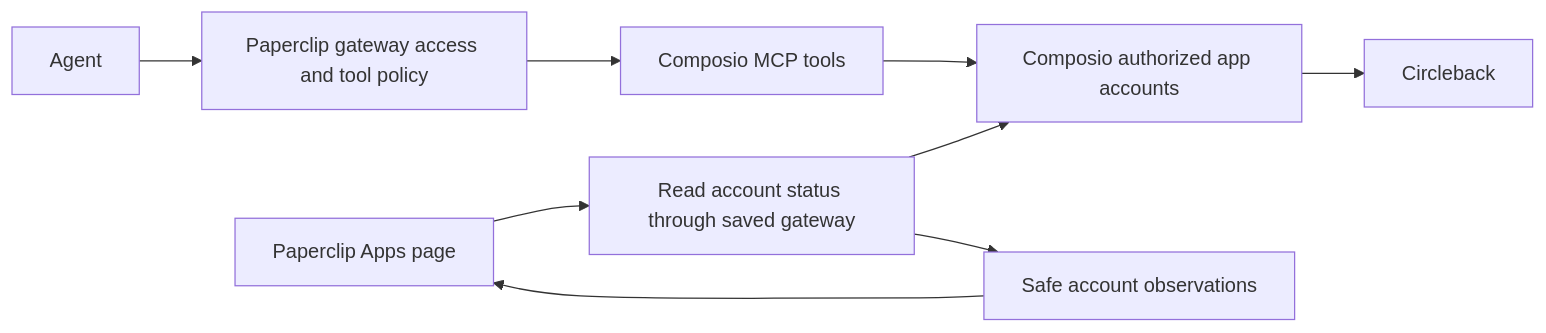
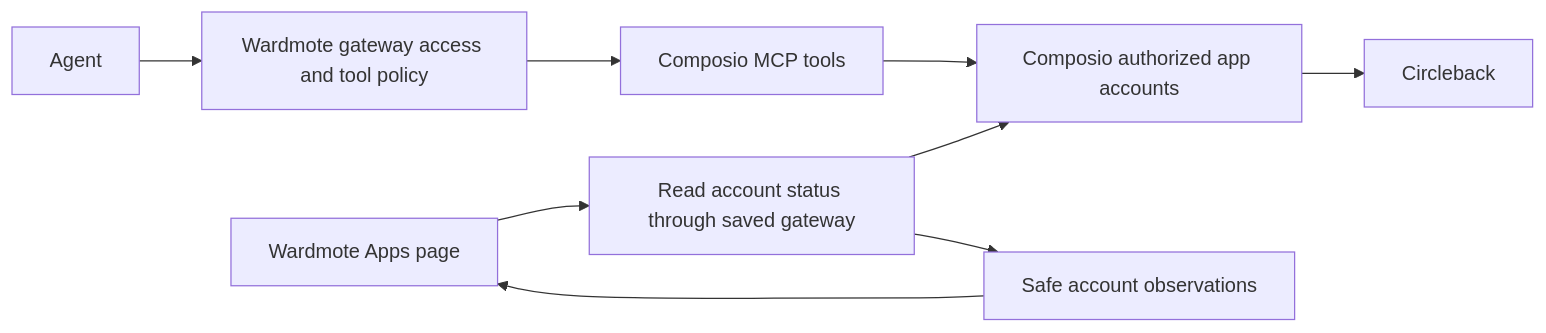
Before and after one commit to tickernelz/paperclip-pro: the diagram in doc/plans/2026-10-02-composio-connection-model.md, drawn with Mermaid. The commit also changed other lines of this file and 192 other files, not shown here.

````diff
--- a/doc/plans/2026-10-02-composio-connection-model.md
+++ b/doc/plans/2026-10-02-composio-connection-model.md
@@ -33,11 +33,11 @@
 ```mermaid
 flowchart LR
-    Agent --> Policy[Paperclip gateway access and tool policy]
+    Agent --> Policy[Wardmote gateway access and tool policy]
     Policy --> Tools[Composio MCP tools]
     Tools --> Accounts[Composio authorized app accounts]
     Accounts --> Circleback[Circleback]
-    Apps[Paperclip Apps page] --> Check[Read account status through saved gateway]
+    Apps[Wardmote Apps page] --> Check[Read account status through saved gateway]
     Check --> Accounts
     Check --> Cache[Safe account observations]
     Cache --> Apps
 ```
````
